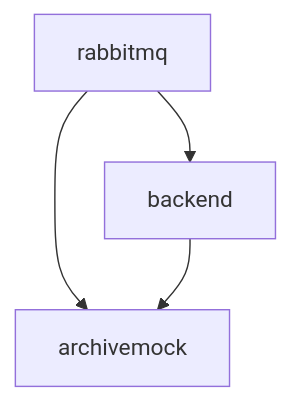
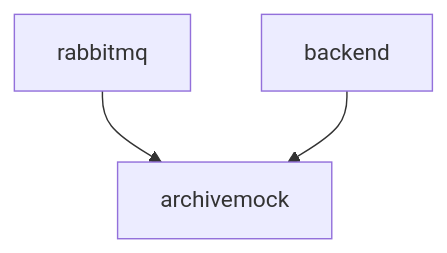
The diagram in services/backend/services/v3/README.md (SciCatProject/scicatlive), drawn with Mermaid before and after one commit. The commit also changed other lines of this file and 4 other files, not shown here.

````diff
--- a/services/backend/services/v3/README.md
+++ b/services/backend/services/v3/README.md
@@ -82,6 +82,5 @@
 ```mermaid
 graph TD
     rabbitmq --> archivemock
-    rabbitmq --> backend
     backend --> archivemock
 ```
````
